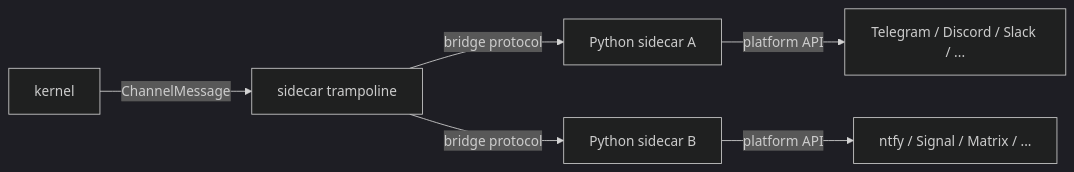
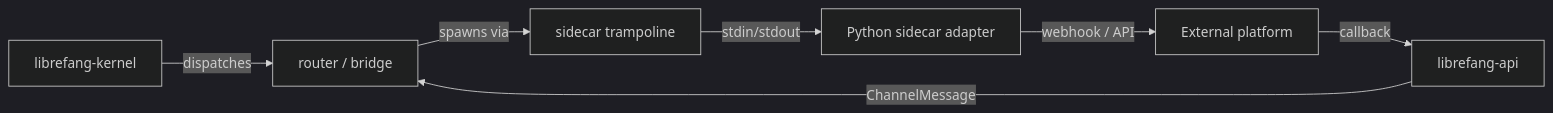
One commit to leszek3737/librefang-WIki changed the diagram in other-librefang-channels.md. Above: the diagram before and after it, drawn with Mermaid (dark theme). The commit also changed other lines of this file and 122 other files, not shown here.

````diff
--- a/other-librefang-channels.md
+++ b/other-librefang-channels.md
@@ -15,8 +11,9 @@
 ```mermaid
 graph LR
-    K[kernel] -->|ChannelMessage| T[sidecar trampoline]
-    T -->|bridge protocol| S1[Python sidecar A]
-    T -->|bridge protocol| S2[Python sidecar B]
-    S1 -->|platform API| P1[Telegram / Discord / Slack / ...]
-    S2 -->|platform API| P2[ntfy / Signal / Matrix / ...]
+    K[librefang-kernel] -->|dispatches| R[router / bridge]
+    R -->|spawns via| S[sidecar trampoline]
+    S -->|stdin/stdout| P[Python sidecar adapter]
+    P -->|webhook / API| EXT[External platform]
+    EXT -->|callback| A[librefang-api]
+    A -->|ChannelMessage| R
 ```
````
